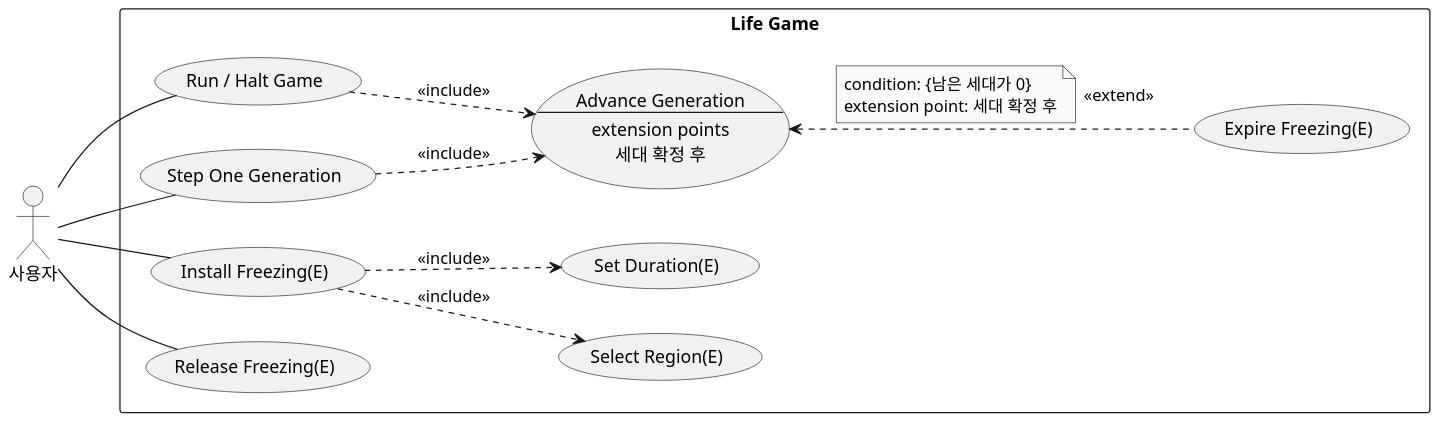
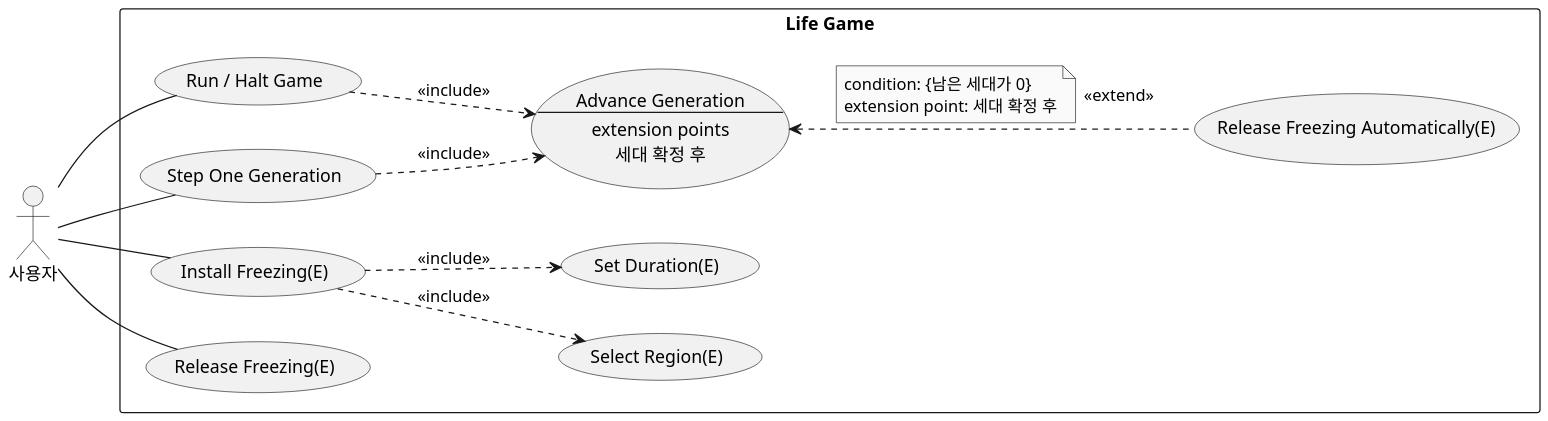
One commit to mckimR1972/DP_team_project changed the diagram in docs/freezing/diagram/usecase-freezing.puml. Above: the diagram before and after it, drawn with PlantUML. The commit also changed 1 other file, not shown here.

Commit message:
docs: 자동 해제 유스케이스 이름을 Release Freezing Automatically(E)로 바꿈
수동 해제 Release Freezing(E)와 짝이라는 것이 이름에서 드러나도록
Expire Freezing(E)를 바꿨다. 유스케이스·클래스·시퀀스·시스템 시퀀스 그림과
freezing.md의 이름을 함께 바꾸고, 유스케이스 그림은 점선이 원에 붙는지
다시 확인했다.

```diff
--- a/docs/freezing/diagram/usecase-freezing.puml
+++ b/docs/freezing/diagram/usecase-freezing.puml
@@ -1,43 +1,43 @@
 @startuml usecase-freezing
 skinparam monochrome true
 skinparam dpi 150
 skinparam shadowing false
 skinparam defaultFontName "Malgun Gothic"
 skinparam usecaseBackgroundColor #F1F1F1
 ' 사용자를 왼쪽에 두어 사용자에서 오는 선이 상자 제목과 겹치지 않게 한다
 left to right direction
 ' 간격을 바꾸면 extend 점선이 점선의 빈 부분에서 끝나 원과 떨어져 보일 수 있다
 skinparam ranksep 64
 
 actor "사용자" as User
 
 rectangle "Life Game" {
   usecase "Run / Halt Game" as Run
   usecase "Step One Generation" as Step
   usecase Advance as "Advance Generation
 --
 extension points
 세대 확정 후"
   usecase "Install Freezing(E)" as Install
   usecase "Select Region(E)" as Region
   usecase "Set Duration(E)" as Duration
   usecase "Release Freezing(E)" as Release
-  usecase "Expire Freezing(E)" as Expire
+  usecase "Release Freezing Automatically(E)" as AutoRelease
 }
 
 User -- Run
 User -- Step
 User -- Install
 User -- Release
 
 Run ..> Advance : <<include>>
 Step ..> Advance : <<include>>
 Install ..> Region : <<include>>
 Install ..> Duration : <<include>>
 ' note left: 조건 노트를 <<extend>> 왼쪽에 둔다
-Expire .up.> Advance : <<extend>>
+AutoRelease .up.> Advance : <<extend>>
 note left on link
   condition: {남은 세대가 0}
   extension point: 세대 확정 후
 end note
 @enduml
```
